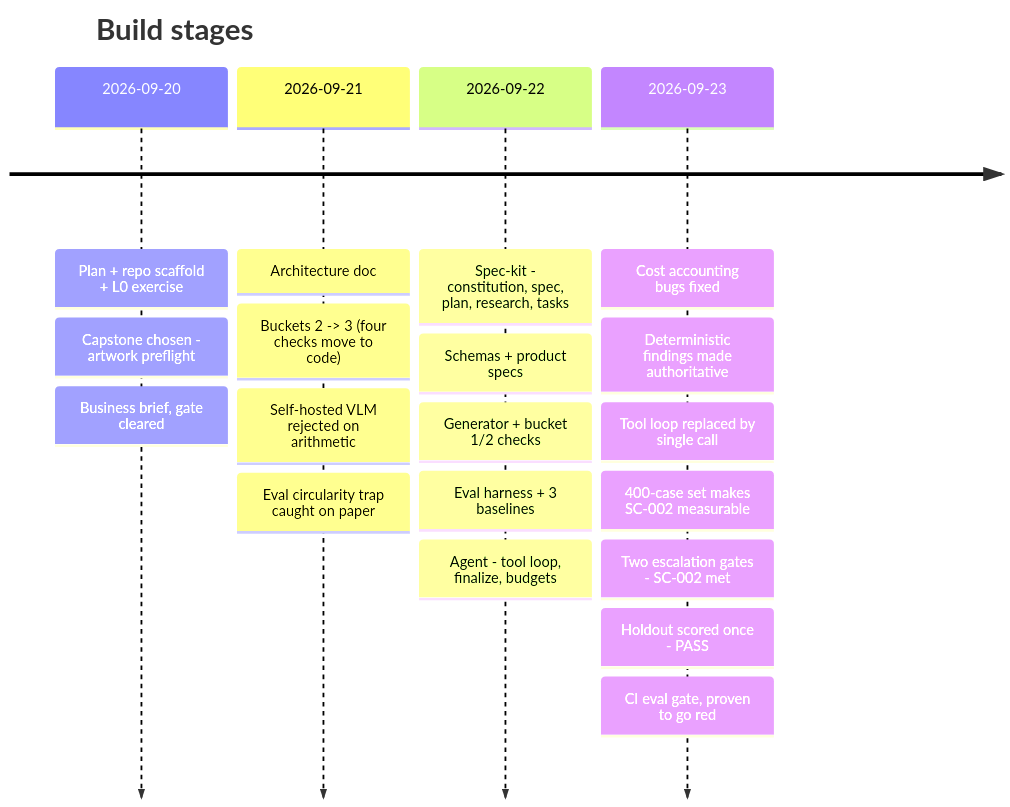
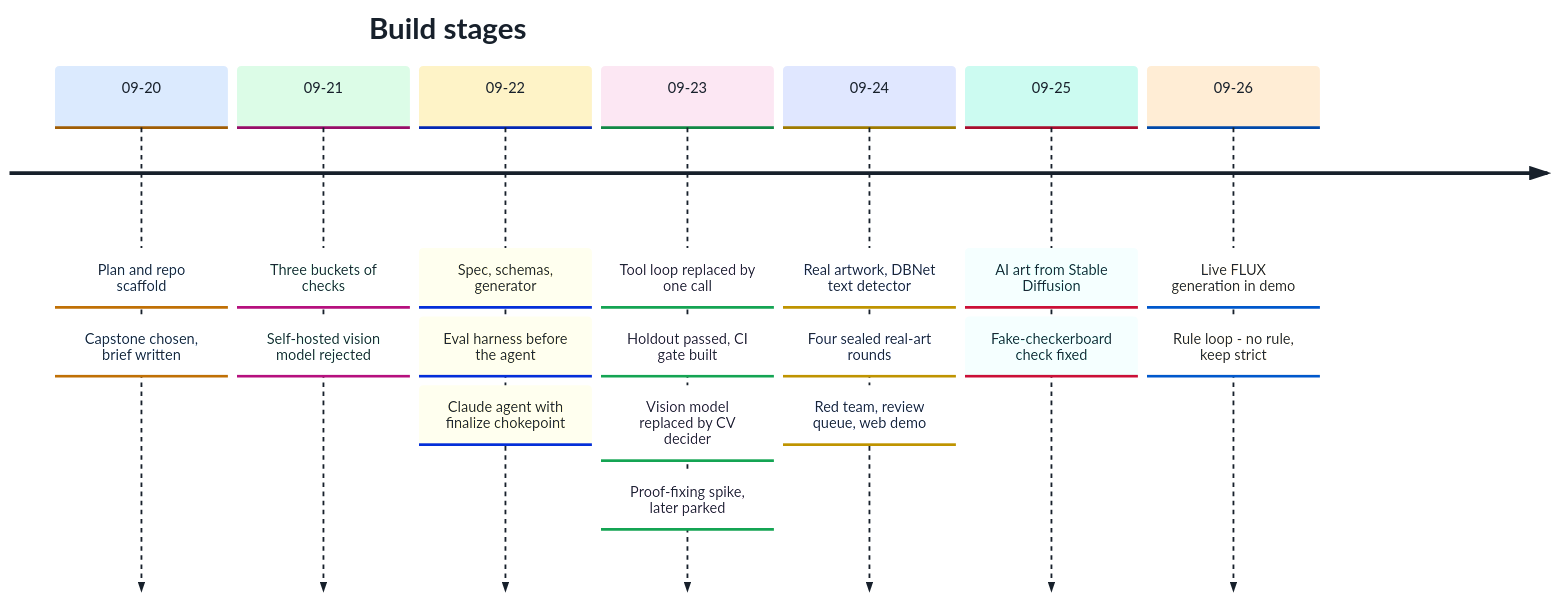
One commit to ashvolt/agents changed the third of 14 diagrams in capstone/docs/learn.md. Above: the diagram before and after it, drawn with Mermaid. The commit also changed other lines of this file, not shown here.

First line of the commit message:
docs(learn): cover the project to 2026-09-26; diagrams readable in any theme

````diff
--- a/capstone/docs/learn.md
+++ b/capstone/docs/learn.md
@@ -219,24 +259,23 @@
 ```mermaid
-%%{init: {"theme": "default"}}%%
+%%{init: {"theme":"base","themeVariables":{"background":"#ffffff","fontFamily":"Arial, Helvetica, sans-serif","primaryColor":"#eef3f8","primaryTextColor":"#17202b","primaryBorderColor":"#5a6573","secondaryColor":"#f5f7fa","secondaryTextColor":"#17202b","tertiaryColor":"#ffffff","tertiaryTextColor":"#17202b","lineColor":"#5a6573","textColor":"#17202b","titleColor":"#17202b","nodeTextColor":"#17202b","edgeLabelBackground":"#ffffff","clusterBkg":"#f7f9fb","clusterBorder":"#9aa5b1","cScale0":"#dbeafe","cScaleLabel0":"#17202b","cScalePeer0":"#5a6573","cScale1":"#dcfce7","cScaleLabel1":"#17202b","cScalePeer1":"#5a6573","cScale2":"#fef3c7","cScaleLabel2":"#17202b","cScalePeer2":"#5a6573","cScale3":"#fce7f3","cScaleLabel3":"#17202b","cScalePeer3":"#5a6573","cScale4":"#e0e7ff","cScaleLabel4":"#17202b","cScalePeer4":"#5a6573","cScale5":"#ccfbf1","cScaleLabel5":"#17202b","cScalePeer5":"#5a6573","cScale6":"#ffedd5","cScaleLabel6":"#17202b","cScalePeer6":"#5a6573","cScale7":"#f1f5f9","cScaleLabel7":"#17202b","cScalePeer7":"#5a6573"}}}%%
 timeline
     title Build stages
-    2026-09-20 : Plan + repo scaffold + L0 exercise
-               : Capstone chosen - artwork preflight
-               : Business brief, gate cleared
-    2026-09-21 : Architecture doc
-               : Buckets 2 -> 3 (four checks move to code)
-               : Self-hosted VLM rejected on arithmetic
-               : Eval circularity trap caught on paper
-    2026-09-22 : Spec-kit - constitution, spec, plan, research, tasks
-               : Schemas + product specs
-               : Generator + bucket 1/2 checks
-               : Eval harness + 3 baselines
-               : Agent - tool loop, finalize, budgets
-    2026-09-23 : Cost accounting bugs fixed
-               : Deterministic findings made authoritative
-               : Tool loop replaced by single call
-               : 400-case set makes SC-002 measurable
-               : Two escalation gates - SC-002 met
-               : Holdout scored once - PASS
-               : CI eval gate, proven to go red
+    09-20 : Plan and repo scaffold
+          : Capstone chosen, brief written
+    09-21 : Three buckets of checks
+          : Self-hosted vision model rejected
+    09-22 : Spec, schemas, generator
+          : Eval harness before the agent
+          : Claude agent with finalize chokepoint
+    09-23 : Tool loop replaced by one call
+          : Holdout passed, CI gate built
+          : Vision model replaced by CV decider
+          : Proof-fixing spike, later parked
+    09-24 : Real artwork, DBNet text detector
+          : Four sealed real-art rounds
+          : Red team, review queue, web demo
+    09-25 : AI art from Stable Diffusion
+          : Fake-checkerboard check fixed
+    09-26 : Live FLUX generation in demo
+          : Rule loop - no rule, keep strict
 ```
````
